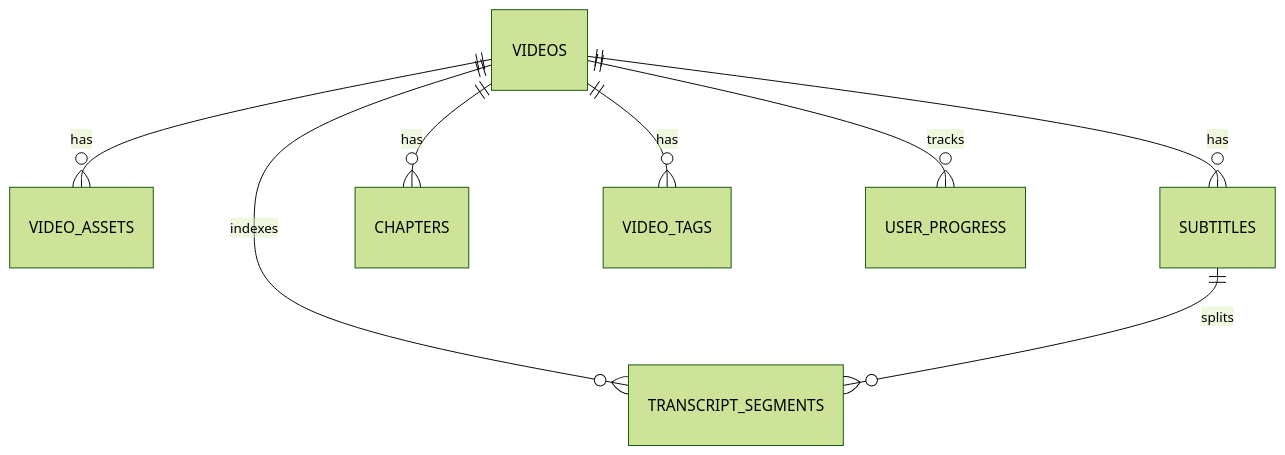
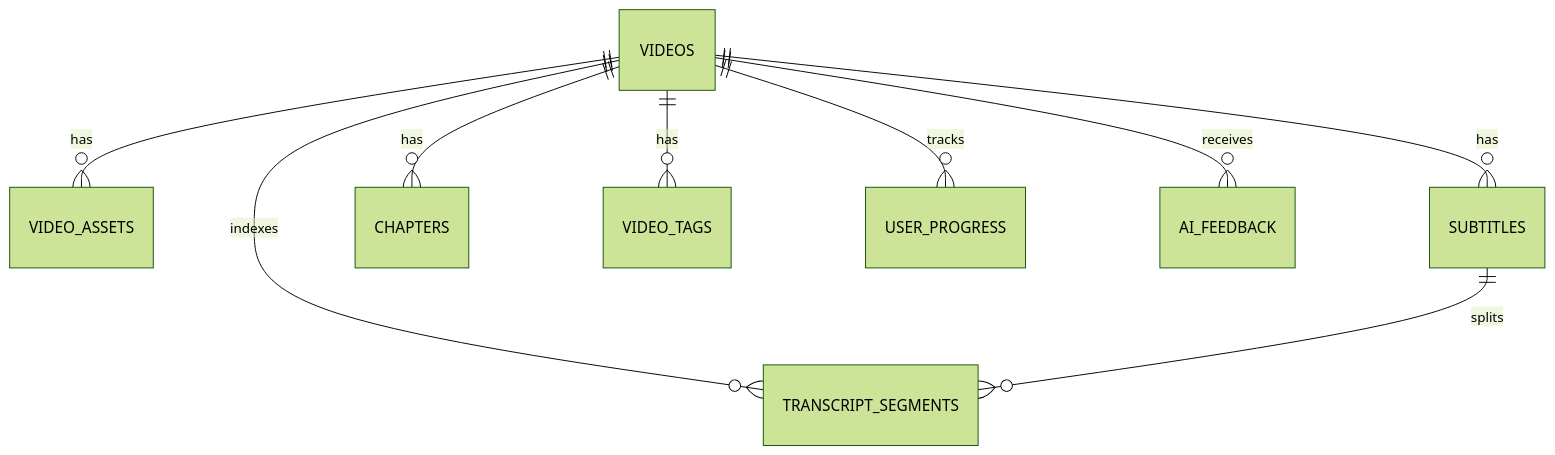
One commit to qwe605/xunlei_ai_video changed the third of 22 diagrams in docs/项目说明文档.md. Above: the diagram before and after it, drawn with Mermaid (forest theme). The commit also changed other lines of this file and 17 other files, not shown here.

````diff
--- a/docs/项目说明文档.md
+++ b/docs/项目说明文档.md
@@ -408,10 +415,11 @@
 ```mermaid
 erDiagram
     VIDEOS ||--o{ VIDEO_ASSETS : has
     VIDEOS ||--o{ SUBTITLES : has
     VIDEOS ||--o{ CHAPTERS : has
     VIDEOS ||--o{ VIDEO_TAGS : has
     VIDEOS ||--o{ USER_PROGRESS : tracks
     VIDEOS ||--o{ TRANSCRIPT_SEGMENTS : indexes
+    VIDEOS ||--o{ AI_FEEDBACK : receives
     SUBTITLES ||--o{ TRANSCRIPT_SEGMENTS : splits
 ```
````
